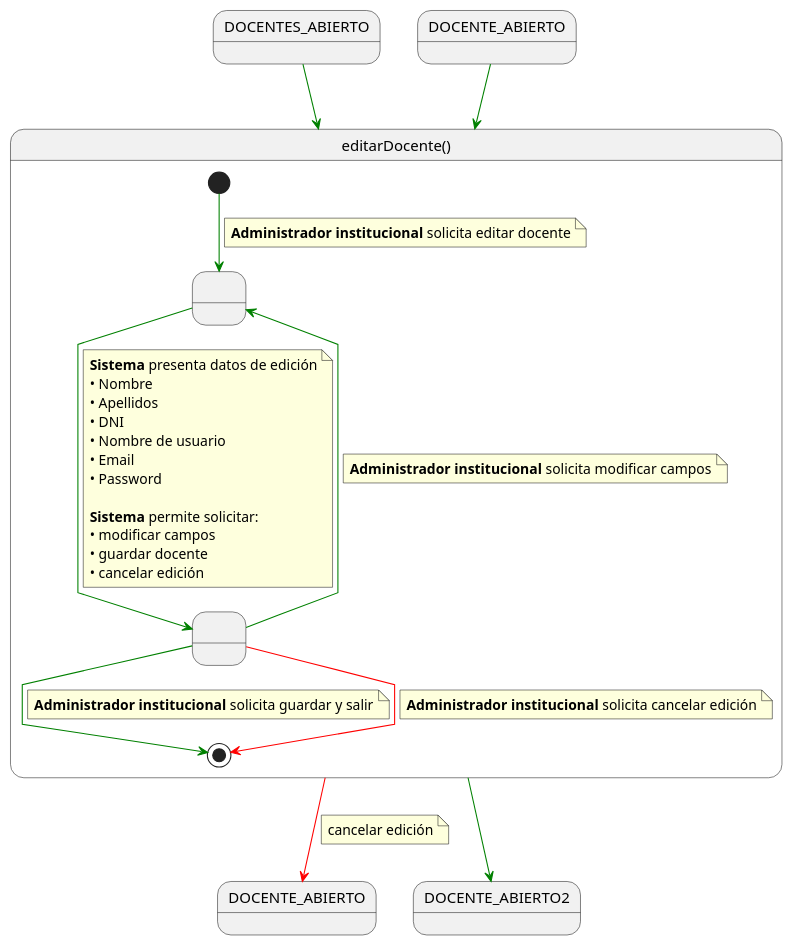
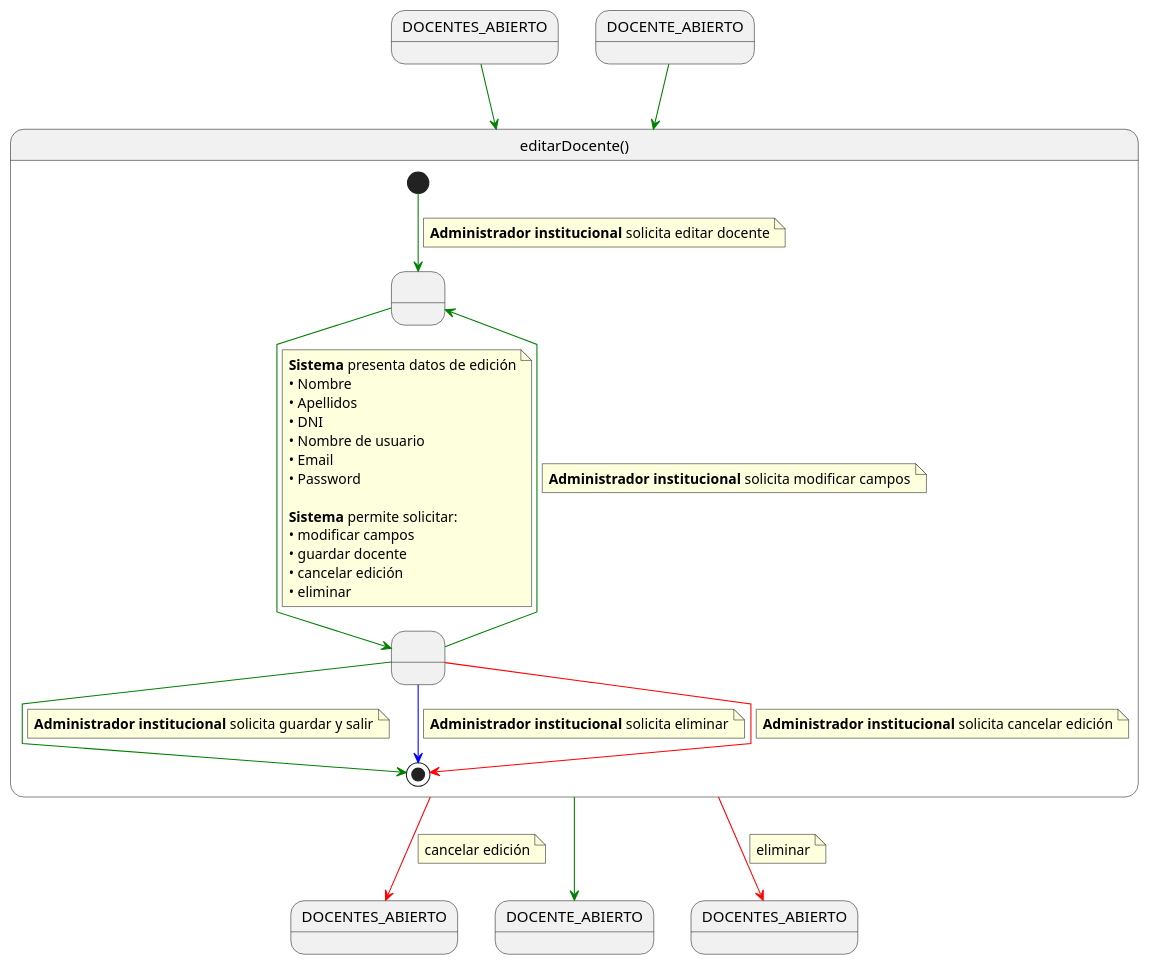
The diagram in documents/casos-de-uso/detalladoCasosDeUso/editarDocente/editarDocente.puml (martinlopez7/25-26-IdSw1-SdR), drawn with PlantUML before and after one commit. The commit also changed 64 other files, not shown here.

```diff
--- a/documents/casos-de-uso/detalladoCasosDeUso/editarDocente/editarDocente.puml
+++ b/documents/casos-de-uso/detalladoCasosDeUso/editarDocente/editarDocente.puml
@@ -1,62 +1,74 @@
 @startuml
 skinparam linetype polyline
 
 state DOCENTES_ABIERTO as "DOCENTES_ABIERTO"
 state DOCENTES_ABIERTO2 as "DOCENTES_ABIERTO"
 state DOCENTE_ABIERTO as "DOCENTE_ABIERTO"
-state DOCENTES_ABIERTO2 as "DOCENTE_ABIERTO"
+state DOCENTE_ABIERTO2 as "DOCENTE_ABIERTO"
+state DOCENTES_ABIERTO3 as "DOCENTES_ABIERTO"
 
 DOCENTES_ABIERTO -[#green]-> editarDocente
 
 DOCENTE_ABIERTO -[#green]-> editarDocente
 
 state editarDocente as "editarDocente()" {
 
     state " " as EditandoDatos
     state " " as GuardandoDatos 
 
     [*] -[#green]-> EditandoDatos 
     note on link
     <b>Administrador institucional</b> solicita editar docente
     end note    
     
     EditandoDatos -[#green]-> GuardandoDatos
     note on link
     <b>Sistema</b> presenta datos de edición
     • Nombre 
     • Apellidos 
     • DNI 
     • Nombre de usuario 
     • Email 
     • Password
     
     <b>Sistema</b> permite solicitar:
     • modificar campos
     • guardar docente
     • cancelar edición
+    • eliminar
     end note
     
     GuardandoDatos -[#green]-> EditandoDatos
     note on link
     <b>Administrador institucional</b> solicita modificar campos
     end note
     
     GuardandoDatos -[#green]-> [*]
     note on link
     <b>Administrador institucional</b> solicita guardar y salir
+    end note
+    
+    GuardandoDatos -[#blue]-> [*]
+    note on link
+    <b>Administrador institucional</b> solicita eliminar
     end note
 
     GuardandoDatos -[#red]-> [*]
     note on link
     <b>Administrador institucional</b> solicita cancelar edición
     end note
 }
 
 editarDocente -[#green]-> DOCENTE_ABIERTO2
 
 editarDocente -[#red]-> DOCENTES_ABIERTO2
 note on link
 cancelar edición
 end note
 
+editarDocente -[#red]-> DOCENTES_ABIERTO3
+note on link
+eliminar
+end note
+
 @enduml
```
